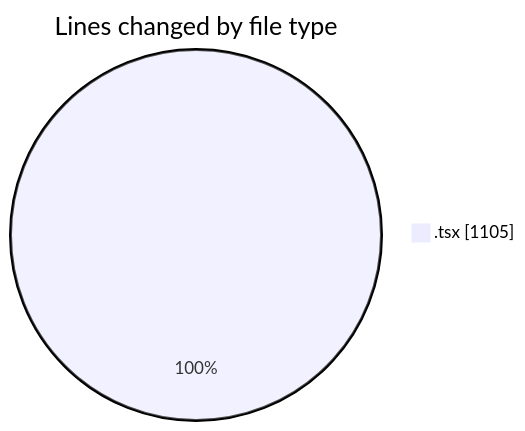
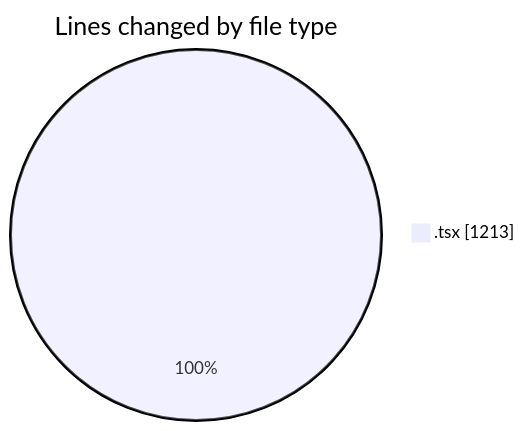
One commit to nxtqubesakshisongat/code-tracking changed the first of 2 diagrams in 2026-03-22/nxtqube_webapp/README.md. Above: the diagram before and after it, drawn with Mermaid. The commit also changed other lines of this file and 1 other file, not shown here.

````diff
--- a/2026-03-22/nxtqube_webapp/README.md
+++ b/2026-03-22/nxtqube_webapp/README.md
@@ -22,5 +22,5 @@
 ```mermaid
 pie showData
 title Lines changed by file type
-".tsx" : 1105
+".tsx" : 1213
 ```
````
